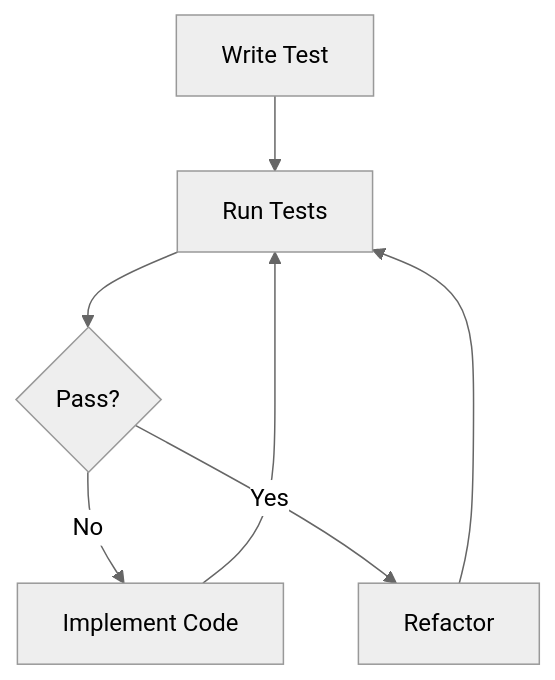
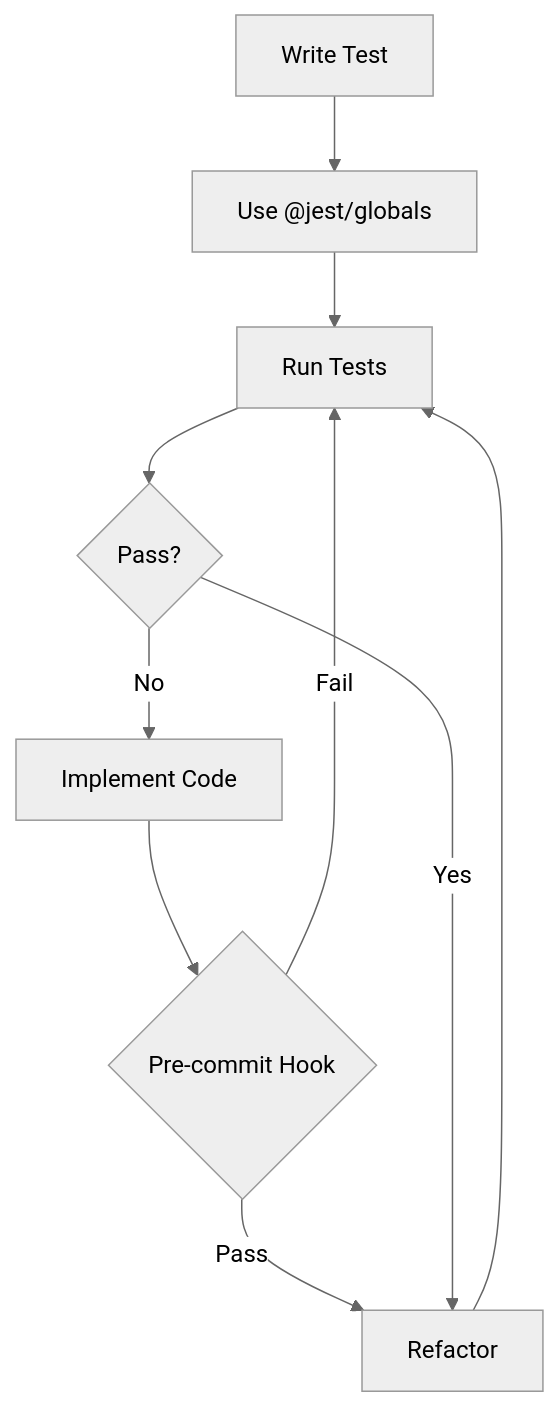
The second of 3 diagrams in memory-bank/productContext.md (Luxcium/cline-ai-template), drawn with Mermaid (neutral theme) before and after one commit. The commit also changed other lines of this file and 5 other files, not shown here.

````diff
--- a/memory-bank/productContext.md
+++ b/memory-bank/productContext.md
@@ -124,9 +126,12 @@
    ```mermaid
    flowchart TD
-     A[Write Test] --> B[Run Tests]
-     B --> C{Pass?}
-     C -->|No| D[Implement Code]
-     D --> B
-     C -->|Yes| E[Refactor]
-     E --> B
+     A[Write Test] --> B[Use @jest/globals]
+     B --> C[Run Tests]
+     C --> D{Pass?}
+     D -->|No| E[Implement Code]
+     E --> F{Pre-commit Hook}
+     F -->|Fail| C
+     F -->|Pass| G[Refactor]
+     G --> C
+     D -->|Yes| G
    ```
````
